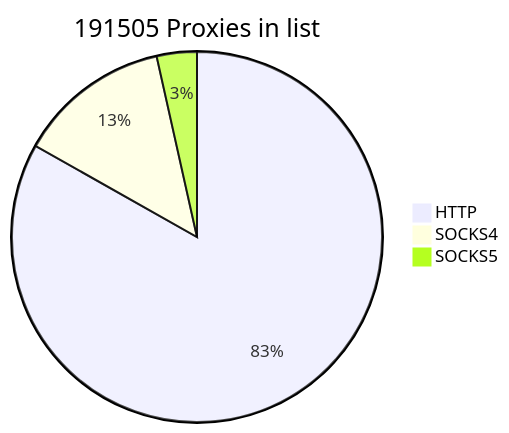
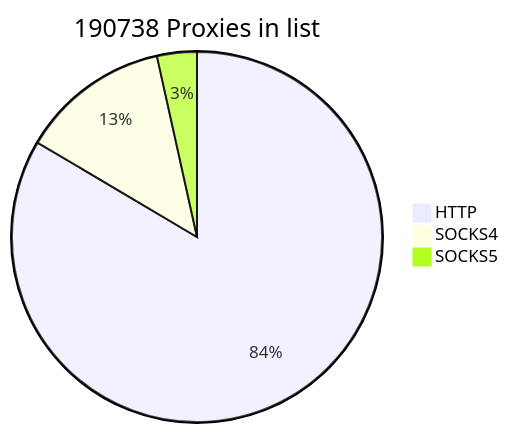
Before and after one commit to cutipu/proxylist: the first of 2 diagrams in README.md, drawn with Mermaid. The commit also changed other lines of this file, not shown here.

````diff
--- a/README.md
+++ b/README.md
@@ -2,7 +2,7 @@
 ```mermaid
-pie title 191505 Proxies in list
-    "HTTP" : 159284
-    "SOCKS4" : 25520
-    "SOCKS5" : 6701
+pie title 190738 Proxies in list
+    "HTTP" : 159273
+    "SOCKS4" : 24842
+    "SOCKS5" : 6623
             
 ```
````
